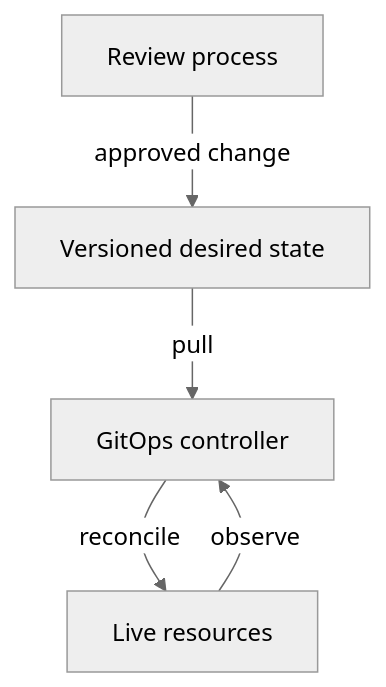
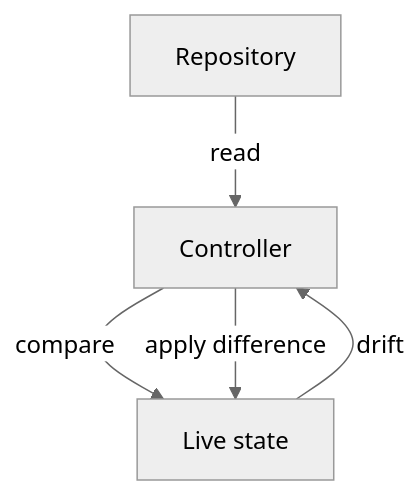
The diagram in sections/section-010/module-02/course-01-gitops-reconciliation-and-drift.md (astrona-io/ATS039), drawn with Mermaid (neutral theme) before and after one commit. The commit also changed other lines of this file and 156 other files, not shown here.

````diff
--- a/sections/section-010/module-02/course-01-gitops-reconciliation-and-drift.md
+++ b/sections/section-010/module-02/course-01-gitops-reconciliation-and-drift.md
@@ -14,7 +12,7 @@
 ```mermaid
 flowchart TB
-    G["Versioned desired state"] -->|"pull"| C["GitOps controller"]
-    L["Live resources"] -->|"observe"| C
-    C -->|"reconcile"| L
-    R["Review process"] -->|"approved change"| G
+    G["Repository"] -->|"read"| C["Controller"]
+    C -->|"compare"| L["Live state"]
+    C -->|"apply difference"| L
+    L -->|"drift"| C
 ```
````
